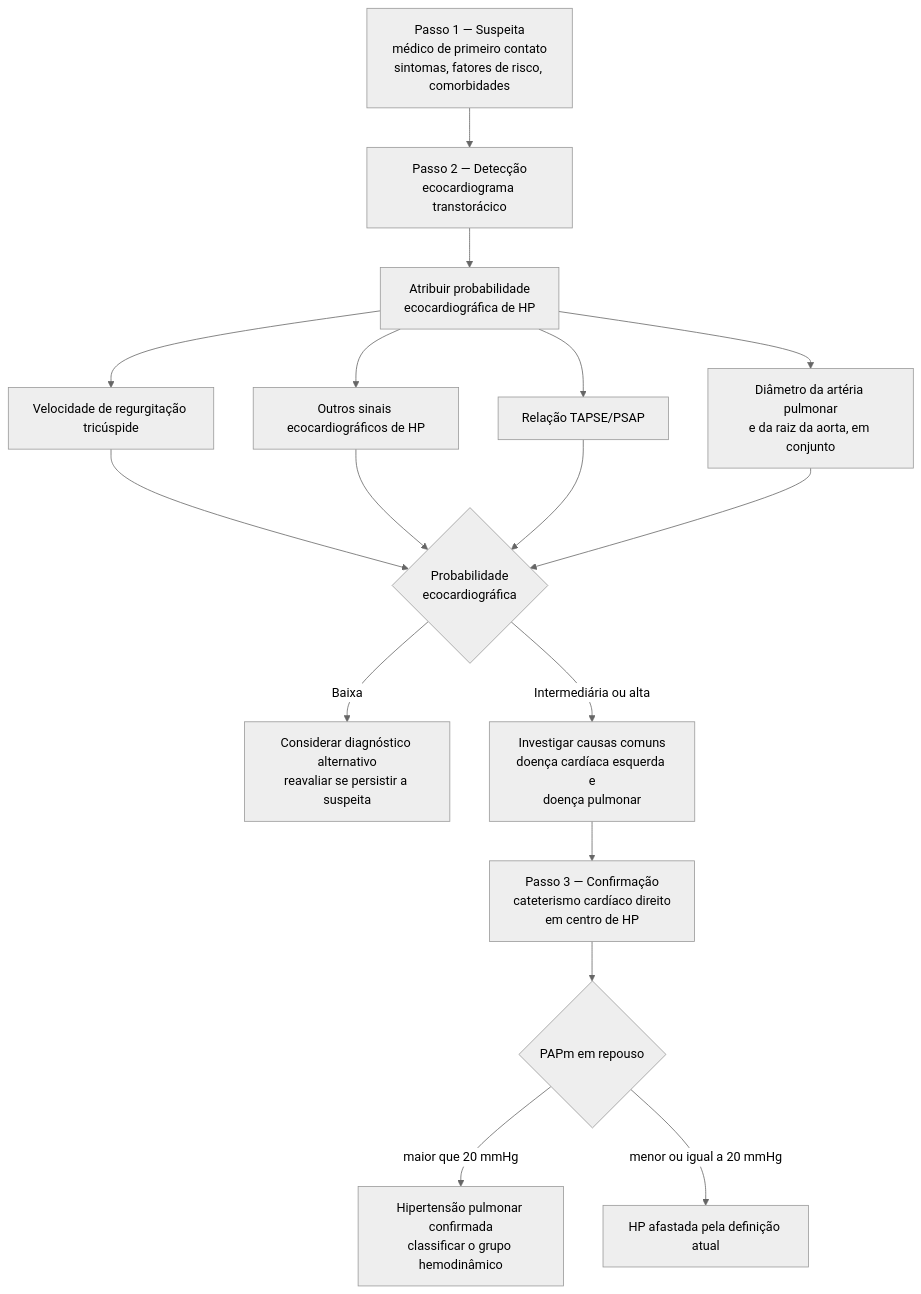
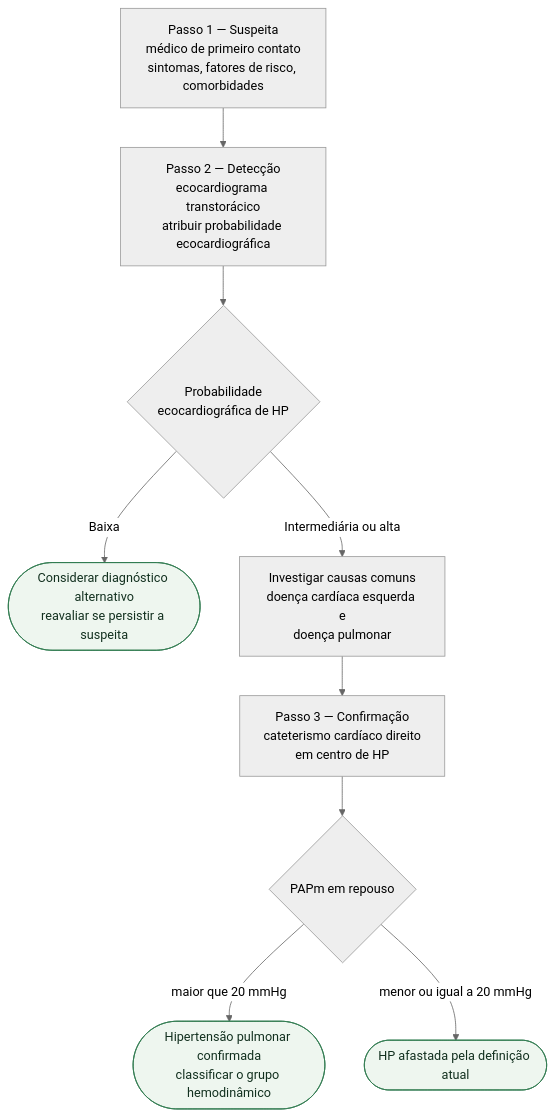
One commit to rafaelpaesmeirelles/MeuCardio changed the diagram in content/Hipertensão_pulmonar/fluxograma-hipertensao-pulmonar-diagnostico-esc-ers-2022.md. Above: the diagram before and after it, drawn with Mermaid (neutral theme). The commit also changed other lines of this file and 18 other files, not shown here.

````diff
--- a/content/Hipertensão_pulmonar/fluxograma-hipertensao-pulmonar-diagnostico-esc-ers-2022.md
+++ b/content/Hipertensão_pulmonar/fluxograma-hipertensao-pulmonar-diagnostico-esc-ers-2022.md
@@ -20,24 +20,19 @@
 ```mermaid
 flowchart TD
-  A["Passo 1 — Suspeita<br/>médico de primeiro contato<br/>sintomas, fatores de risco, comorbidades"] --> B["Passo 2 — Detecção<br/>ecocardiograma transtorácico"]
+  R0["Passo 1 — Suspeita<br/>médico de primeiro contato<br/>sintomas, fatores de risco, comorbidades"] --> P1["Passo 2 — Detecção<br/>ecocardiograma transtorácico<br/>atribuir probabilidade ecocardiográfica"]
 
-  B --> C["Atribuir probabilidade<br/>ecocardiográfica de HP"]
-  C --> C1["Velocidade de regurgitação tricúspide"]
-  C --> C2["Outros sinais ecocardiográficos de HP"]
-  C --> C3["Relação TAPSE/PSAP"]
-  C --> C4["Diâmetro da artéria pulmonar<br/>e da raiz da aorta, em conjunto"]
+  P1 --> D1{"Probabilidade<br/>ecocardiográfica de HP"}
 
-  C1 --> D{"Probabilidade<br/>ecocardiográfica"}
-  C2 --> D
-  C3 --> D
-  C4 --> D
+  D1 -->|Baixa| C1(["Considerar diagnóstico alternativo<br/>reavaliar se persistir a suspeita"])
 
-  D -->|Baixa| E["Considerar diagnóstico alternativo<br/>reavaliar se persistir a suspeita"]
-  D -->|"Intermediária ou alta"| F["Investigar causas comuns<br/>doença cardíaca esquerda e<br/>doença pulmonar"]
+  D1 -->|"Intermediária ou alta"| P2["Investigar causas comuns<br/>doença cardíaca esquerda e<br/>doença pulmonar"]
 
-  F --> G["Passo 3 — Confirmação<br/>cateterismo cardíaco direito<br/>em centro de HP"]
+  P2 --> P3["Passo 3 — Confirmação<br/>cateterismo cardíaco direito<br/>em centro de HP"]
 
-  G --> H{"PAPm em repouso"}
-  H -->|"maior que 20 mmHg"| I["Hipertensão pulmonar confirmada<br/>classificar o grupo hemodinâmico"]
-  H -->|"menor ou igual a 20 mmHg"| J["HP afastada pela definição atual"]
+  P3 --> D2{"PAPm em repouso"}
+  D2 -->|"maior que 20 mmHg"| C2(["Hipertensão pulmonar confirmada<br/>classificar o grupo hemodinâmico"])
+  D2 -->|"menor ou igual a 20 mmHg"| C3(["HP afastada pela definição atual"])
+
+  classDef conduta fill:#eef6ef,stroke:#2f7a4f,color:#12301f;
+  class C1,C2,C3 conduta;
 ```
````
